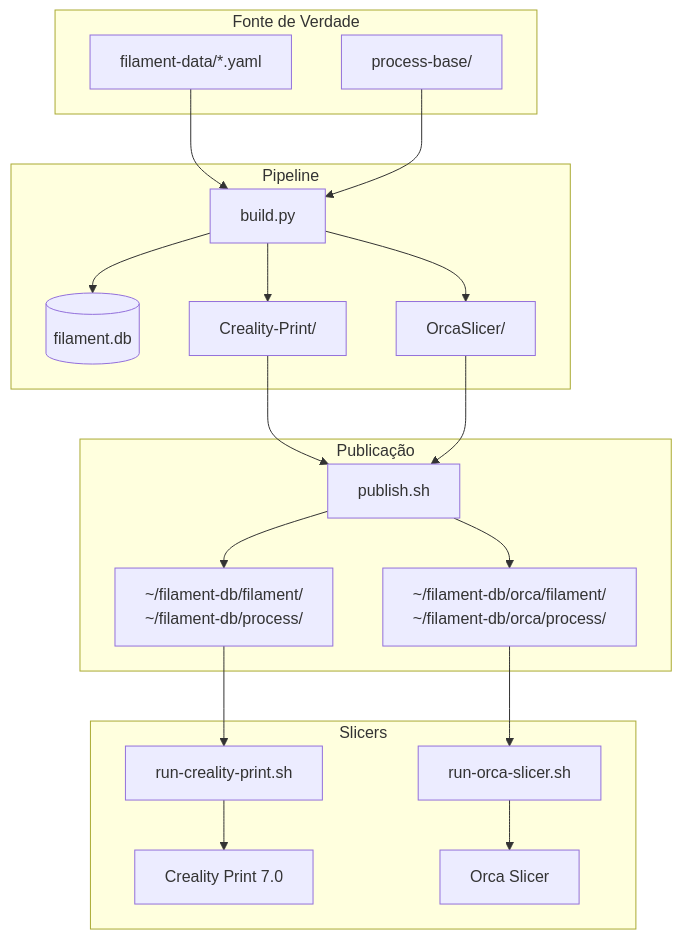
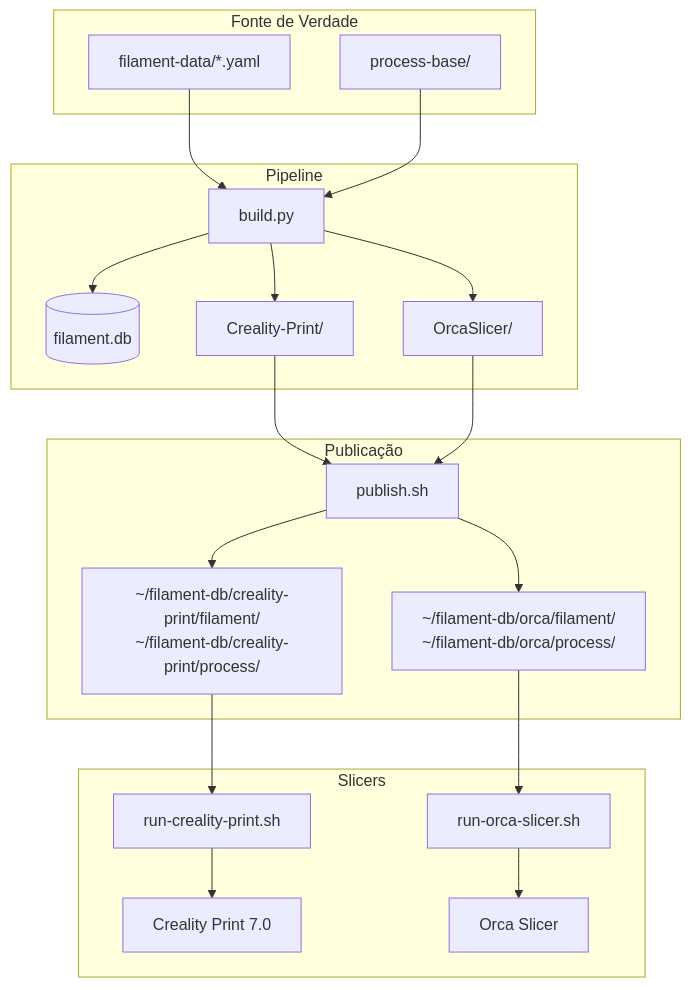
The second of 7 diagrams in README.md (RafaelFino/FilamentDB), drawn with Mermaid before and after one commit.

Commit message:
Fix local publish

````diff
--- a/README.md
+++ b/README.md
@@ -31,29 +31,29 @@
 ```mermaid
 flowchart TD
     subgraph Fonte de Verdade
         FD[filament-data/*.yaml]
         PB[process-base/]
     end
 
     subgraph Pipeline
         FD --> BUILD[build.py]
         PB --> BUILD
         BUILD --> DB[(filament.db)]
         BUILD --> CP_OUT[Creality-Print/]
         BUILD --> ORCA_OUT[OrcaSlicer/]
     end
 
     subgraph Publicação
         CP_OUT --> PUB[publish.sh]
         ORCA_OUT --> PUB
-        PUB --> FDB_CP[~/filament-db/filament/\n~/filament-db/process/]
+        PUB --> FDB_CP[~/filament-db/creality-print/filament/\n~/filament-db/creality-print/process/]
         PUB --> FDB_ORCA[~/filament-db/orca/filament/\n~/filament-db/orca/process/]
     end
 
     subgraph Slicers
         FDB_CP --> RCP[run-creality-print.sh]
         FDB_ORCA --> RORCA[run-orca-slicer.sh]
         RCP --> CP[Creality Print 7.0]
         RORCA --> ORCA[Orca Slicer]
     end
 ```
````
